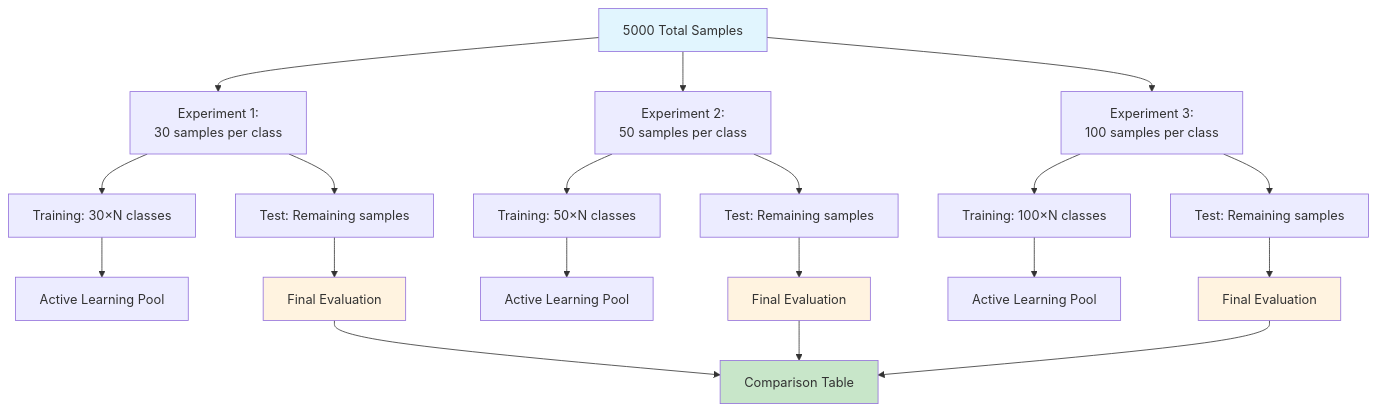
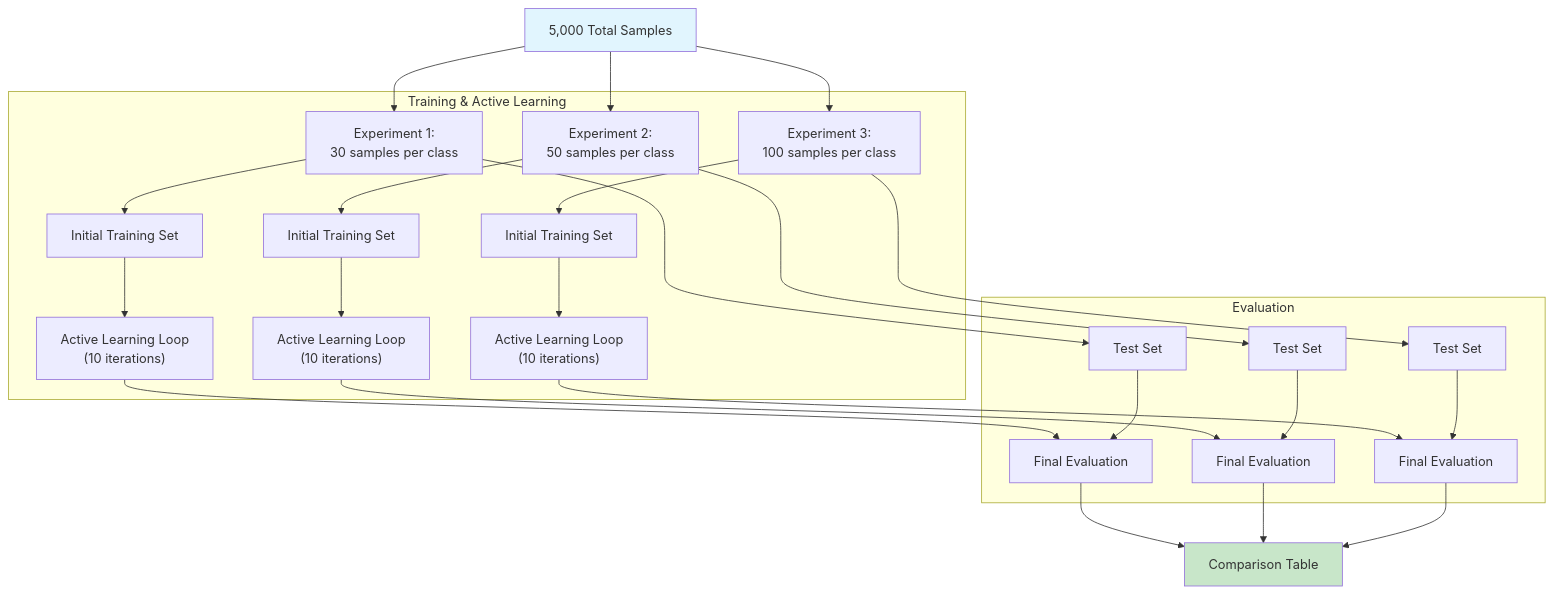
One commit to aamir-nus/recursive_expert_delegation changed the diagram in benchmarks/README.md. Above: the diagram before and after it, drawn with Mermaid. The commit also changed other lines of this file and 1 other file, not shown here.

````diff
--- a/benchmarks/README.md
+++ b/benchmarks/README.md
@@ -15,31 +94,34 @@
 ```mermaid
 graph TD
-    A["5000 Total Samples"] --> B["Experiment 1:<br/>30 samples per class"]
+    A["5,000 Total Samples"] --> B["Experiment 1:<br/>30 samples per class"]
     A --> C["Experiment 2:<br/>50 samples per class"]
     A --> D["Experiment 3:<br/>100 samples per class"]
 
-    B --> B1["Training: 30×N classes"]
-    B --> B2["Test: Remaining samples"]
-    B1 --> B3["Active Learning Pool"]
-    B2 --> B4["Final Evaluation"]
+    subgraph "Training & Active Learning"
+        B --> B1["Initial Training Set"]
+        C --> C1["Initial Training Set"]
+        D --> D1["Initial Training Set"]
+        B1 --> B2["Active Learning Loop<br/>(10 iterations)"]
+        C1 --> C2["Active Learning Loop<br/>(10 iterations)"]
+        D1 --> D2["Active Learning Loop<br/>(10 iterations)"]
+    end
 
-    C --> C1["Training: 50×N classes"]
-    C --> C2["Test: Remaining samples"]
-    C1 --> C3["Active Learning Pool"]
-    C2 --> C4["Final Evaluation"]
+    subgraph "Evaluation"
+        B --> B_Test["Test Set"]
+        C --> C_Test["Test Set"]
+        D --> D_Test["Test Set"]
+        B2 --> B_Eval["Final Evaluation"]
+        C2 --> C_Eval["Final Evaluation"]
+        D2 --> D_Eval["Final Evaluation"]
+        B_Test --> B_Eval
+        C_Test --> C_Eval
+        D_Test --> D_Eval
+    end
 
-    D --> D1["Training: 100×N classes"]
-    D --> D2["Test: Remaining samples"]
-    D1 --> D3["Active Learning Pool"]
-    D2 --> D4["Final Evaluation"]
-
-    B4 --> E["Comparison Table"]
-    C4 --> E
-    D4 --> E
+    B_Eval --> E["Comparison Table"]
+    C_Eval --> E
+    D_Eval --> E
 
     style A fill:#e1f5fe
     style E fill:#c8e6c9
-    style B4 fill:#fff3e0
-    style C4 fill:#fff3e0
-    style D4 fill:#fff3e0
 ```
````
